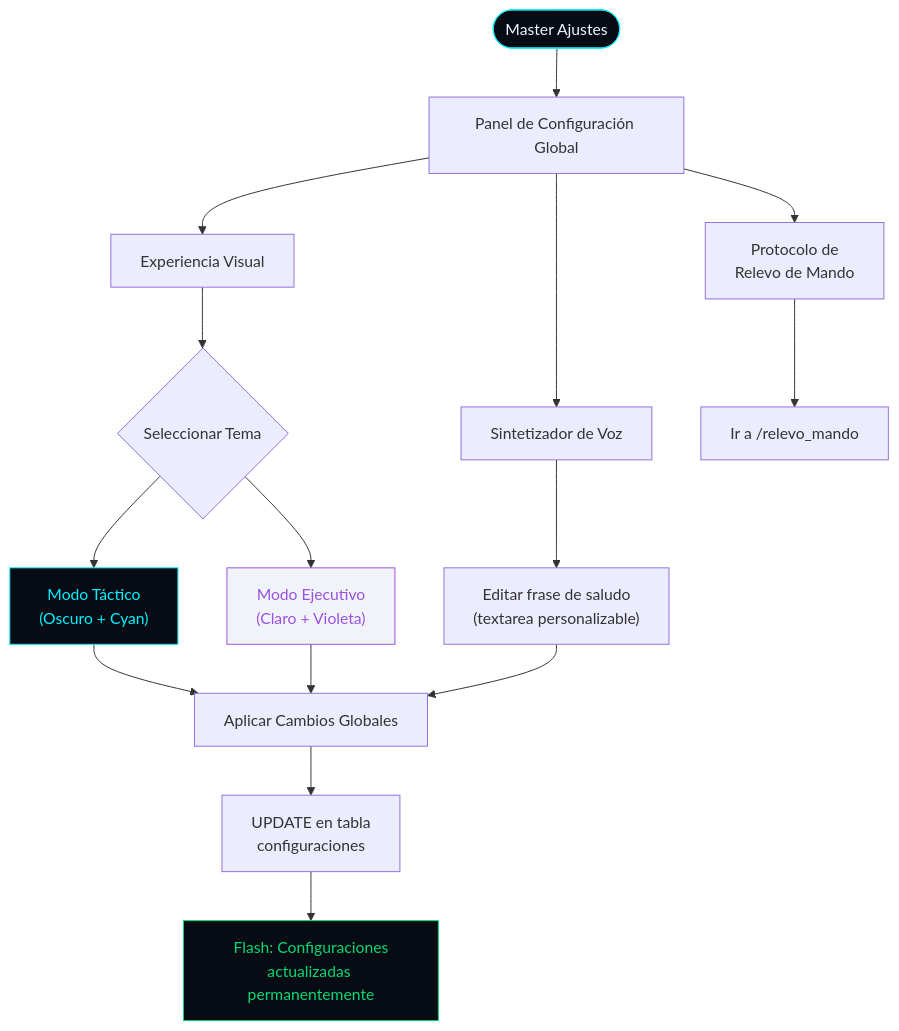
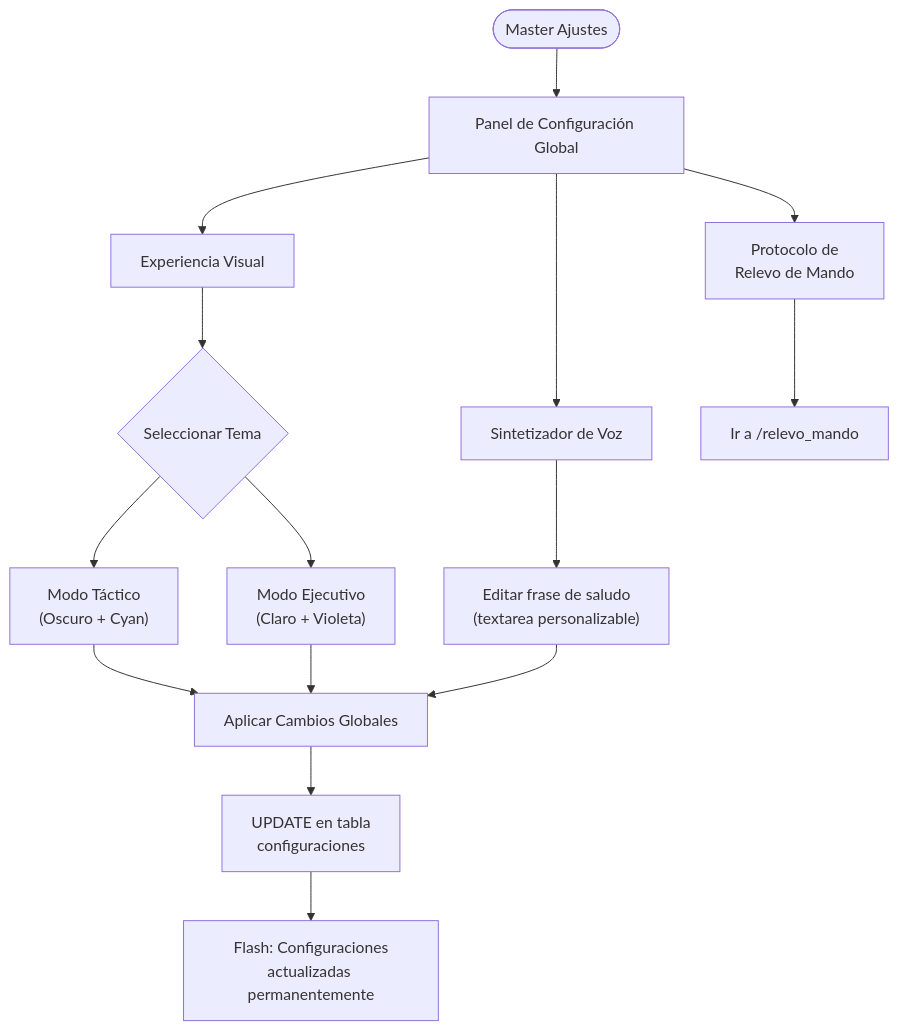
One commit to rossellcristinacobis2004-cloud/MILFACE changed the ninth of 9 diagrams in README.md. Above: the diagram before and after it, drawn with Mermaid. The commit also changed other lines of this file, not shown here.

````diff
--- a/README.md
+++ b/README.md
@@ -489,24 +475,24 @@
 ```mermaid
+---
+config:
+  layout: dagre
+  theme: default
+---
 flowchart TD
     A([ Master Ajustes]) --> B[Panel de Configuración Global]
 
     B --> C[" Experiencia Visual"]
     C --> D{"Seleccionar Tema"}
     D --> E[" Modo Táctico<br/>(Oscuro + Cyan)"]
     D --> F[" Modo Ejecutivo<br/>(Claro + Violeta)"]
 
     B --> G[" Sintetizador de Voz"]
     G --> H["Editar frase de saludo<br/>(textarea personalizable)"]
 
     E & F & H --> I[" Aplicar Cambios Globales"]
     I --> J[UPDATE en tabla<br/>configuraciones]
     J --> K[" Flash: Configuraciones<br/>actualizadas permanentemente"]
 
     B --> L[" Protocolo de<br/>Relevo de Mando"]
     L --> M[ Ir a /relevo_mando]
-
-    style A fill:#070b14,stroke:#00f2fe,color:#f0f8ff
-    style E fill:#070b14,stroke:#00f2fe,color:#00f2fe
-    style F fill:#f0f4f8,stroke:#9b51e0,color:#9b51e0
-    style K fill:#070b14,stroke:#04d976,color:#04d976
 ```
````
